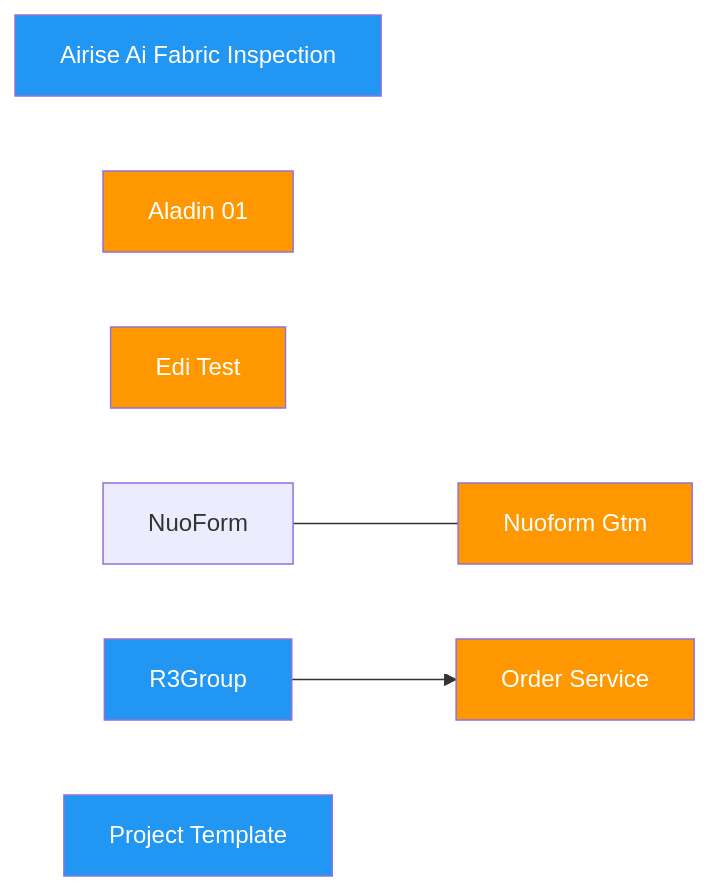
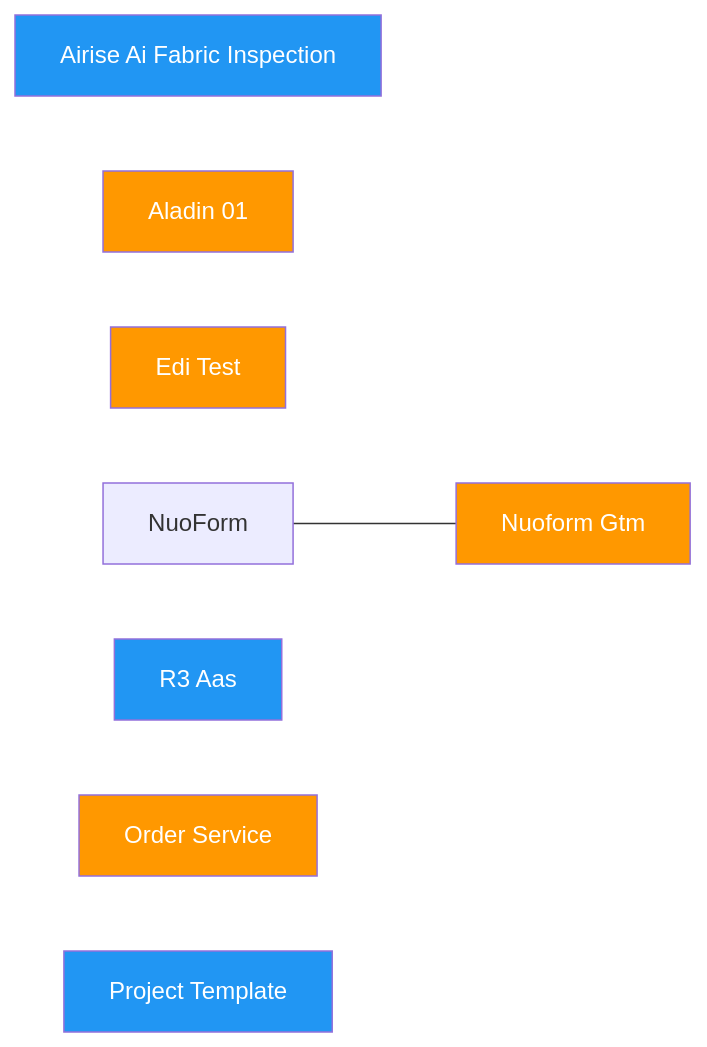
The diagram in docs/dependency-graph.md (Katty-Fashion/kf-cpto), drawn with Mermaid before and after one commit. The commit also changed other lines of this file and 10 other files, not shown here.

````diff
--- a/docs/dependency-graph.md
+++ b/docs/dependency-graph.md
@@ -10,15 +10,14 @@
 ```mermaid
 graph LR
     AIRise-ai-fabric-inspection[Airise Ai Fabric Inspection]:::eu
     Aladin-01[Aladin 01]:::internal
     Edi-test[Edi Test]:::internal
     NuoForm---GTM[Nuoform   Gtm]:::internal
-    R3GROUP[R3Group]:::eu
+    R3-AAS[R3 Aas]:::eu
     order-service[Order Service]:::internal
     project-template[Project Template]:::eu
-    R3GROUP --> order-service
 
     classDef saas fill:#4CAF50,color:#fff
     classDef eu fill:#2196F3,color:#fff
     classDef internal fill:#FF9800,color:#fff
 ```
````
